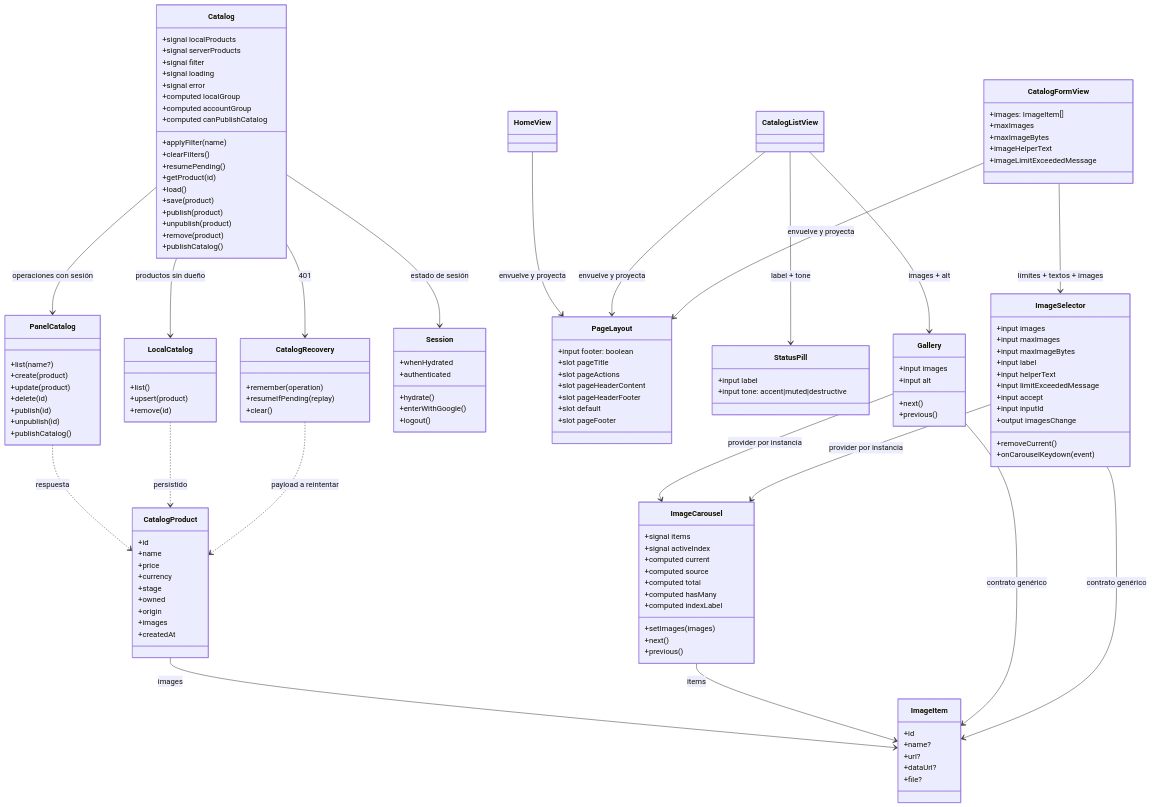
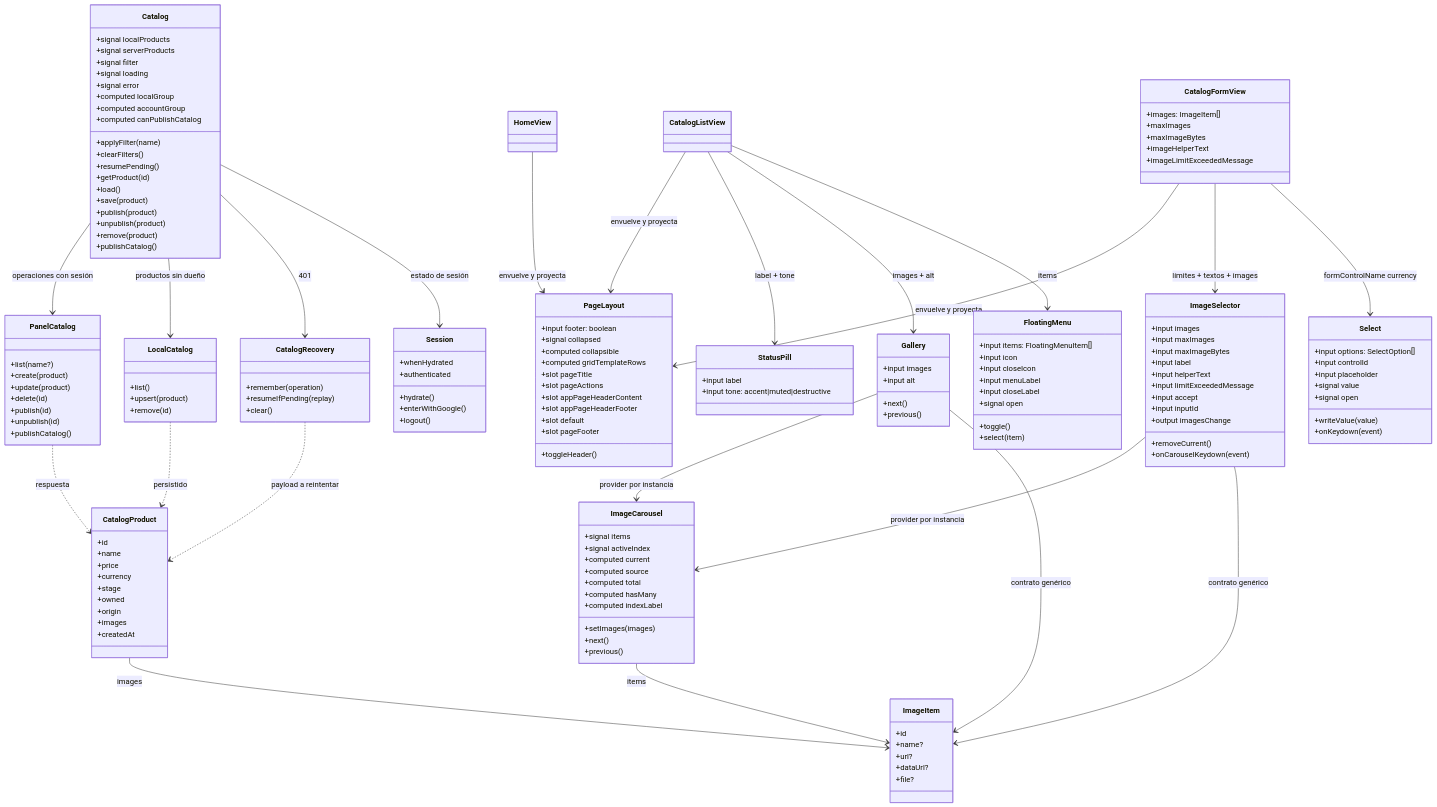
Before and after one commit to Dariosoft/fes-panel-web: the ninth of 10 diagrams in specs/002-panel-catalog-management/uml.md, drawn with Mermaid. The commit also changed other lines of this file and 3 other files, not shown here.

```diff
--- a/specs/002-panel-catalog-management/uml.md
+++ b/specs/002-panel-catalog-management/uml.md
@@ -471,12 +477,35 @@
   class HomeView
   class PageLayout {
     +input footer: boolean
+    +signal collapsed
+    +computed collapsible
+    +computed gridTemplateRows
+    +toggleHeader()
     +slot pageTitle
     +slot pageActions
-    +slot pageHeaderContent
-    +slot pageHeaderFooter
+    +slot appPageHeaderContent
+    +slot appPageHeaderFooter
     +slot default
     +slot pageFooter
+  }
+  class FloatingMenu {
+    +input items: FloatingMenuItem[]
+    +input icon
+    +input closeIcon
+    +input menuLabel
+    +input closeLabel
+    +signal open
+    +toggle()
+    +select(item)
+  }
+  class Select {
+    +input options: SelectOption[]
+    +input controlId
+    +input placeholder
+    +signal value
+    +signal open
+    +writeValue(value)
+    +onKeydown(event)
   }
   class CatalogFormView {
     +images: ImageItem[]
@@ -551,7 +580,9 @@
   CatalogFormView --> PageLayout : envuelve y proyecta
   CatalogListView --> StatusPill : label + tone
   CatalogListView --> Gallery : images + alt
+  CatalogListView --> FloatingMenu : items
   CatalogFormView --> ImageSelector : límites + textos + images
+  CatalogFormView --> Select : formControlName currency
   Gallery --> ImageCarousel : provider por instancia
   ImageSelector --> ImageCarousel : provider por instancia
   ImageCarousel --> ImageItem : items
```
